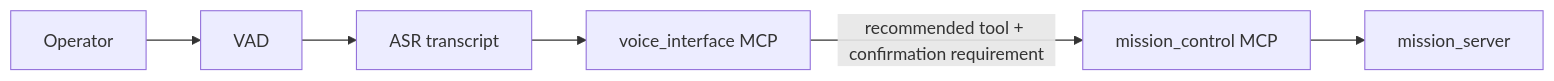
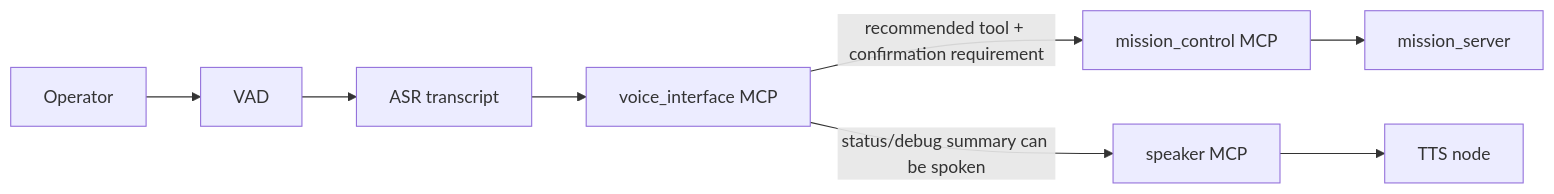
Before and after one commit to KartikMehta-1/AMR-development: the first of 2 diagrams in docs/architecture/50_voice_operator_interface.md, drawn with Mermaid. The commit also changed other lines of this file and 14 other files, not shown here.

Commit message:
Add speaker MCP and TTS feedback node

````diff
--- a/docs/architecture/50_voice_operator_interface.md
+++ b/docs/architecture/50_voice_operator_interface.md
@@ -20,15 +22,19 @@
 ```mermaid
 flowchart LR
   USER[Operator]
   VAD[VAD]
   ASR[ASR transcript]
   VOICEMCP[voice_interface MCP]
   MISSIONMCP[mission_control MCP]
+  SPEAKERMCP[speaker MCP]
+  TTS[TTS node]
   MISSION[mission_server]
 
   USER --> VAD
   VAD --> ASR
   ASR --> VOICEMCP
   VOICEMCP -->|recommended tool + confirmation requirement| MISSIONMCP
   MISSIONMCP --> MISSION
+  VOICEMCP -->|status/debug summary can be spoken| SPEAKERMCP
+  SPEAKERMCP --> TTS
 ```
````
